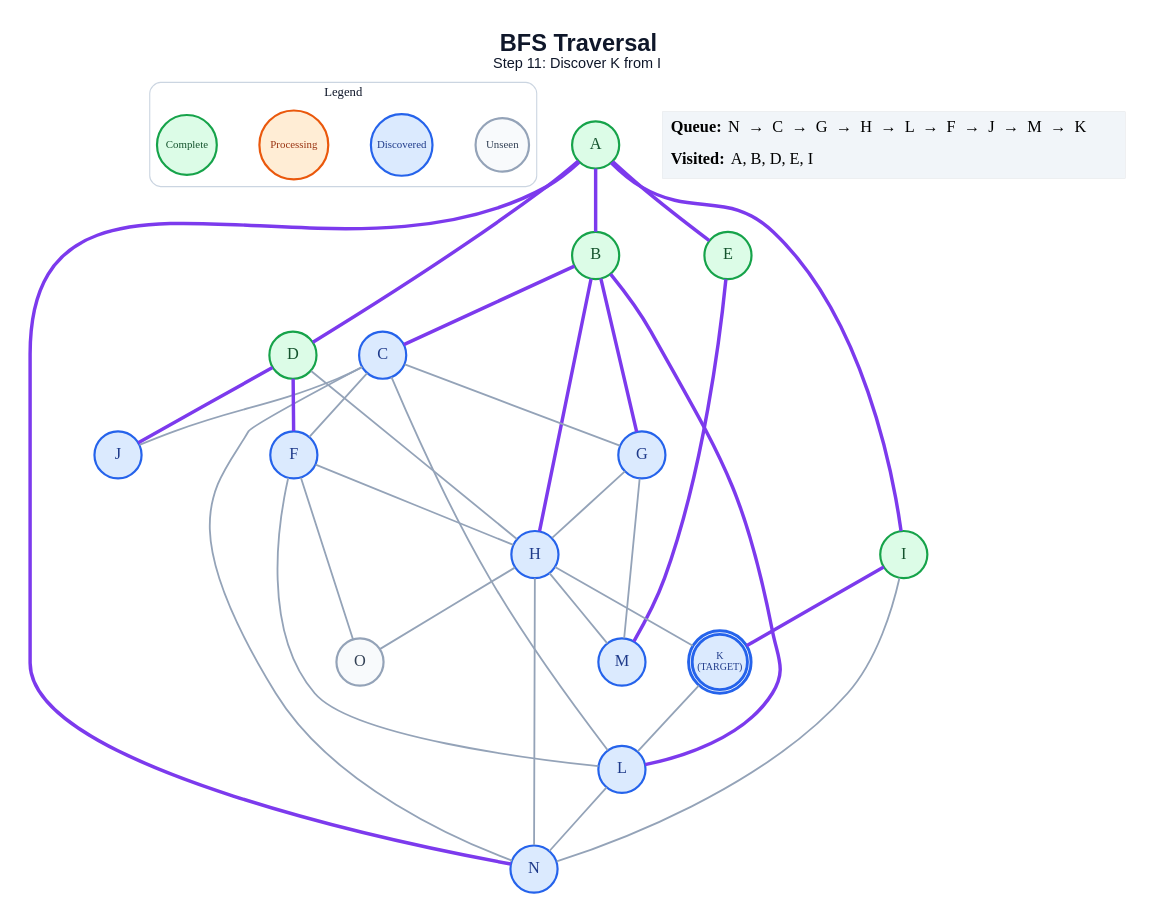
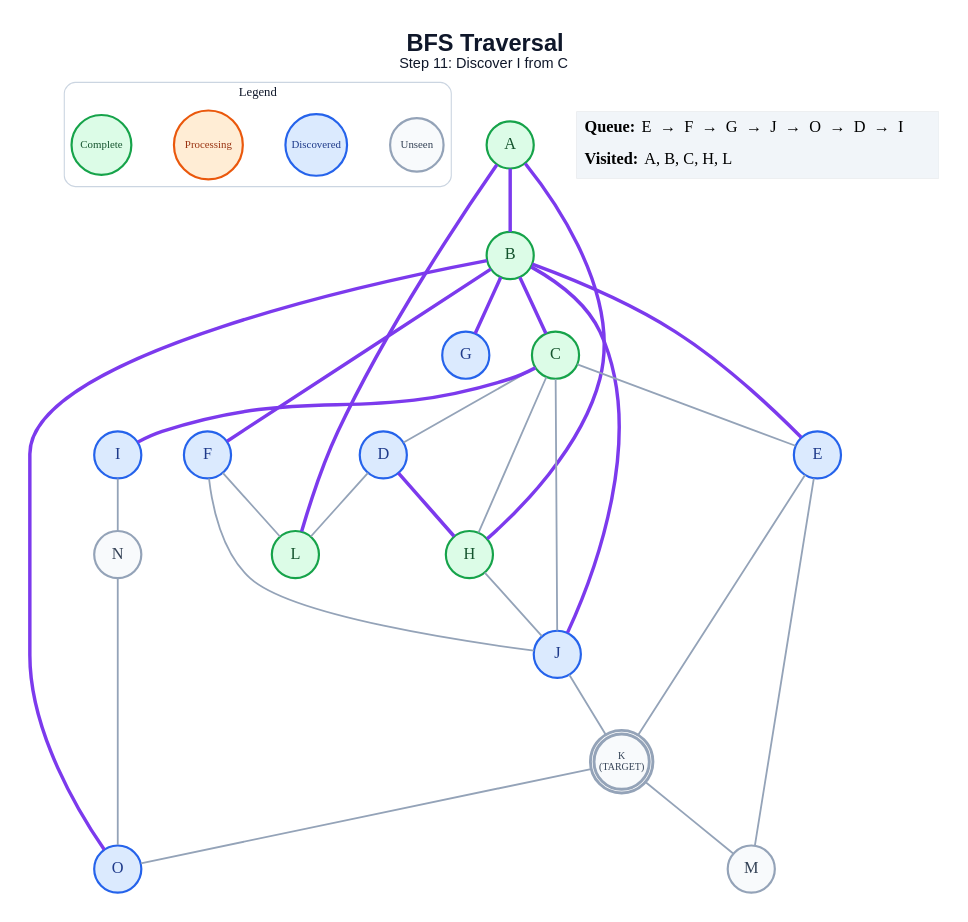
Before and after one commit to anon7238593-create/ai-slop: the diagram in generated/specific-node/bfs/step_11.dot, drawn with Graphviz. The commit also changed 291 other files, not shown here.

```diff
--- a/generated/specific-node/bfs/step_11.dot
+++ b/generated/specific-node/bfs/step_11.dot
@@ -1,65 +1,60 @@
 graph traversal {
   graph [layout=dot, rankdir=TB, bgcolor="#FFFFFF", pad="0.35", nodesep="0.65", ranksep="0.8", fontname="Arial"];
   node [shape=circle, style="filled", fontname="Arial Bold", fontsize=18, width=0.72, fixedsize=true, penwidth=2.4];
   edge [color="#94A3B8", penwidth=2.0];
-  label=<<B>BFS Traversal</B><BR/><FONT POINT-SIZE="16">Step 11: Discover K from I</FONT>>; labelloc="t"; fontsize=26; fontname="Arial"; fontcolor="#0F172A";
+  label=<<B>BFS Traversal</B><BR/><FONT POINT-SIZE="16">Step 11: Discover I from C</FONT>>; labelloc="t"; fontsize=26; fontname="Arial"; fontcolor="#0F172A";
   subgraph cluster_legend { label="Legend"; color="#CBD5E1"; penwidth=1.2; style="rounded"; fontsize=14; fontname="Arial Bold";
     key_unseen [label="Unseen", fillcolor="#F8FAFC", color="#94A3B8", fontcolor="#334155", fontsize=12, width=0.82];
     key_frontier [label="Discovered", fillcolor="#DBEAFE", color="#2563EB", fontcolor="#1E3A8A", fontsize=12, width=0.95];
     key_current [label="Processing", fillcolor="#FFEDD5", color="#EA580C", fontcolor="#9A3412", fontsize=12, width=1.05];
     key_done [label="Complete", fillcolor="#DCFCE7", color="#16A34A", fontcolor="#14532D", fontsize=12, width=0.92];
     { rank=same; key_unseen; key_frontier; key_current; key_done; }
   }
   A [label="A", fillcolor="#DCFCE7", color="#16A34A", fontcolor="#14532D", peripheries=1, penwidth=2.4];
   B [label="B", fillcolor="#DCFCE7", color="#16A34A", fontcolor="#14532D", peripheries=1, penwidth=2.4];
-  C [label="C", fillcolor="#DBEAFE", color="#2563EB", fontcolor="#1E3A8A", peripheries=1, penwidth=2.4];
-  D [label="D", fillcolor="#DCFCE7", color="#16A34A", fontcolor="#14532D", peripheries=1, penwidth=2.4];
-  E [label="E", fillcolor="#DCFCE7", color="#16A34A", fontcolor="#14532D", peripheries=1, penwidth=2.4];
+  C [label="C", fillcolor="#DCFCE7", color="#16A34A", fontcolor="#14532D", peripheries=1, penwidth=2.4];
+  D [label="D", fillcolor="#DBEAFE", color="#2563EB", fontcolor="#1E3A8A", peripheries=1, penwidth=2.4];
+  E [label="E", fillcolor="#DBEAFE", color="#2563EB", fontcolor="#1E3A8A", peripheries=1, penwidth=2.4];
   F [label="F", fillcolor="#DBEAFE", color="#2563EB", fontcolor="#1E3A8A", peripheries=1, penwidth=2.4];
   G [label="G", fillcolor="#DBEAFE", color="#2563EB", fontcolor="#1E3A8A", peripheries=1, penwidth=2.4];
-  H [label="H", fillcolor="#DBEAFE", color="#2563EB", fontcolor="#1E3A8A", peripheries=1, penwidth=2.4];
-  I [label="I", fillcolor="#DCFCE7", color="#16A34A", fontcolor="#14532D", peripheries=1, penwidth=2.4];
+  H [label="H", fillcolor="#DCFCE7", color="#16A34A", fontcolor="#14532D", peripheries=1, penwidth=2.4];
+  I [label="I", fillcolor="#DBEAFE", color="#2563EB", fontcolor="#1E3A8A", peripheries=1, penwidth=2.4];
   J [label="J", fillcolor="#DBEAFE", color="#2563EB", fontcolor="#1E3A8A", peripheries=1, penwidth=2.4];
-  K [label="K\n(TARGET)", fillcolor="#DBEAFE", color="#2563EB", fontcolor="#1E3A8A", peripheries=2, penwidth=3.2, fontsize=11, width=0.85, height=0.85];
-  L [label="L", fillcolor="#DBEAFE", color="#2563EB", fontcolor="#1E3A8A", peripheries=1, penwidth=2.4];
-  M [label="M", fillcolor="#DBEAFE", color="#2563EB", fontcolor="#1E3A8A", peripheries=1, penwidth=2.4];
-  N [label="N", fillcolor="#DBEAFE", color="#2563EB", fontcolor="#1E3A8A", peripheries=1, penwidth=2.4];
-  O [label="O", fillcolor="#F8FAFC", color="#94A3B8", fontcolor="#334155", peripheries=1, penwidth=2.4];
+  K [label="K\n(TARGET)", fillcolor="#F8FAFC", color="#94A3B8", fontcolor="#334155", peripheries=2, penwidth=3.2, fontsize=11, width=0.85, height=0.85];
+  L [label="L", fillcolor="#DCFCE7", color="#16A34A", fontcolor="#14532D", peripheries=1, penwidth=2.4];
+  M [label="M", fillcolor="#F8FAFC", color="#94A3B8", fontcolor="#334155", peripheries=1, penwidth=2.4];
+  N [label="N", fillcolor="#F8FAFC", color="#94A3B8", fontcolor="#334155", peripheries=1, penwidth=2.4];
+  O [label="O", fillcolor="#DBEAFE", color="#2563EB", fontcolor="#1E3A8A", peripheries=1, penwidth=2.4];
   A -- B [color="#7C3AED", penwidth=3.8];
-  A -- D [color="#7C3AED", penwidth=3.8];
-  A -- E [color="#7C3AED", penwidth=3.8];
-  A -- I [color="#7C3AED", penwidth=3.8];
-  A -- N [color="#7C3AED", penwidth=3.8];
+  A -- H [color="#7C3AED", penwidth=3.8];
+  A -- L [color="#7C3AED", penwidth=3.8];
   B -- C [color="#7C3AED", penwidth=3.8];
+  B -- E [color="#7C3AED", penwidth=3.8];
+  B -- F [color="#7C3AED", penwidth=3.8];
   B -- G [color="#7C3AED", penwidth=3.8];
-  B -- H [color="#7C3AED", penwidth=3.8];
-  B -- L [color="#7C3AED", penwidth=3.8];
-  C -- F;
-  C -- G;
+  B -- J [color="#7C3AED", penwidth=3.8];
+  B -- O [color="#7C3AED", penwidth=3.8];
+  C -- D;
+  C -- E;
+  C -- H;
+  C -- I [color="#7C3AED", penwidth=3.8];
   C -- J;
-  C -- L;
-  C -- N;
-  D -- F [color="#7C3AED", penwidth=3.8];
-  D -- H;
-  D -- J [color="#7C3AED", penwidth=3.8];
-  E -- M [color="#7C3AED", penwidth=3.8];
-  F -- H;
+  D -- H [color="#7C3AED", penwidth=3.8];
+  D -- L;
+  E -- K;
+  E -- M;
+  F -- J;
   F -- L;
-  F -- O;
-  G -- H;
-  G -- M;
-  H -- K;
-  H -- M;
-  H -- N;
-  H -- O;
-  I -- K [color="#7C3AED", penwidth=3.8];
+  H -- J;
   I -- N;
-  K -- L;
-  L -- N;
+  J -- K;
+  K -- M;
+  K -- O;
+  N -- O;
   status [shape=plain, fixedsize=false, width=0, height=0, margin=0, label=<
     <TABLE BORDER="0" CELLBORDER="0" CELLPADDING="7" BGCOLOR="#F1F5F9">
-      <TR><TD ALIGN="LEFT"><B>Queue:</B> N  →  C  →  G  →  H  →  L  →  F  →  J  →  M  →  K</TD></TR>
-      <TR><TD ALIGN="LEFT"><B>Visited:</B> A, B, D, E, I</TD></TR>
+      <TR><TD ALIGN="LEFT"><B>Queue:</B> E  →  F  →  G  →  J  →  O  →  D  →  I</TD></TR>
+      <TR><TD ALIGN="LEFT"><B>Visited:</B> A, B, C, H, L</TD></TR>
     </TABLE>
   >];
 }
```
